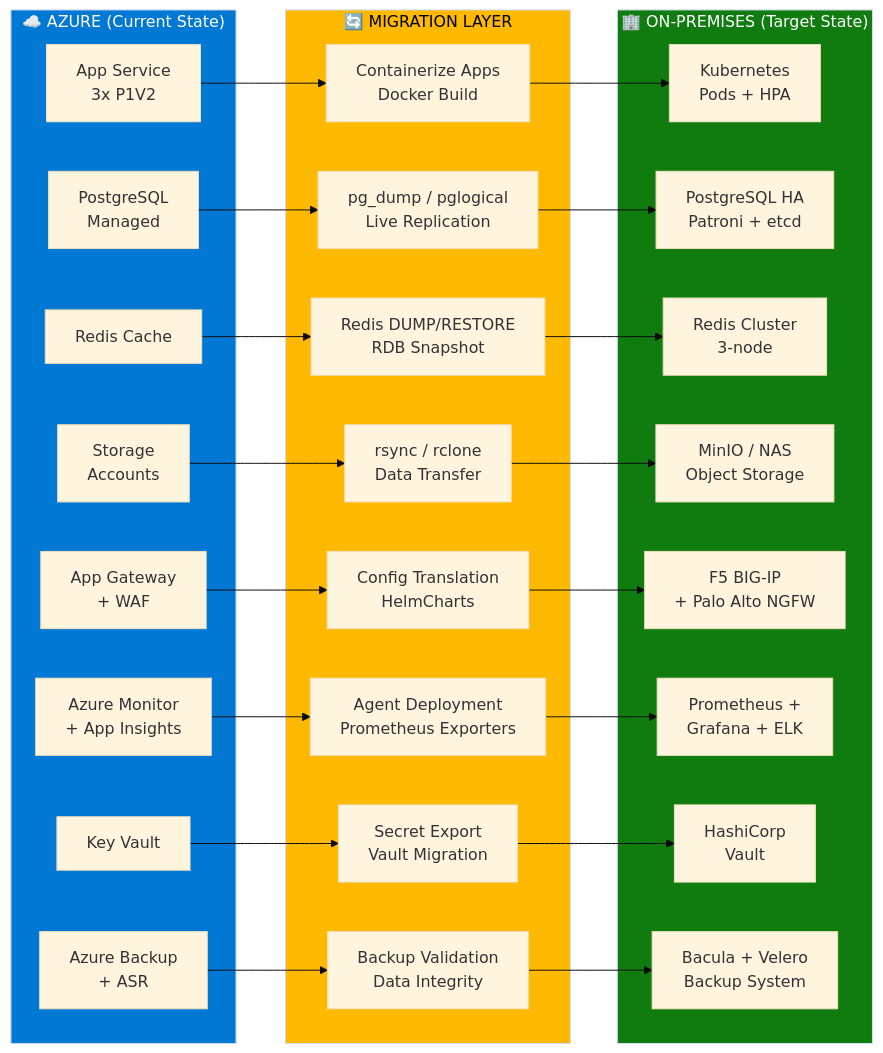
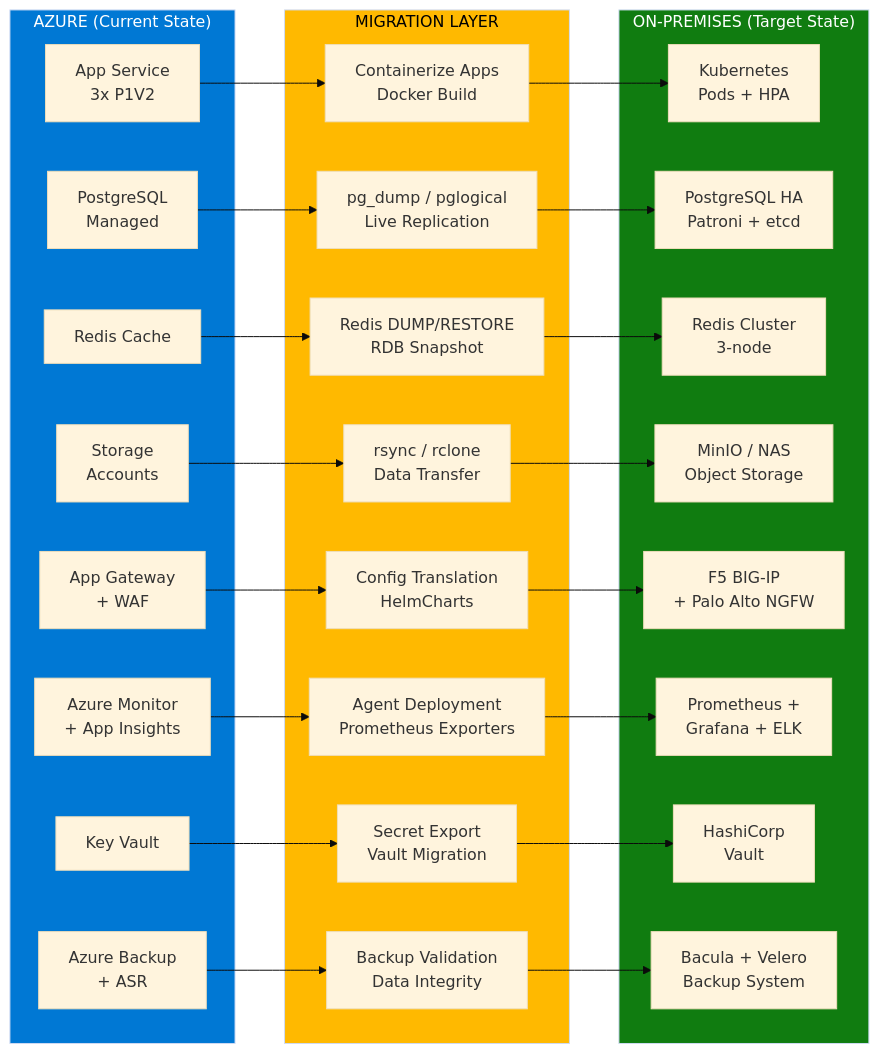
Before and after one commit to Shasi19/Azure-VxRail-VMware-Migration: the second of 6 diagrams in docs/Volume-2-Migration-Strategy/01-Migration-Overview.md, drawn with Mermaid (base theme). The commit also changed other lines of this file and 7 other files, not shown here.

First line of the commit message:
Fix all remaining Mermaid render issues across all files

````diff
--- a/docs/Volume-2-Migration-Strategy/01-Migration-Overview.md
+++ b/docs/Volume-2-Migration-Strategy/01-Migration-Overview.md
@@ -73,48 +73,48 @@
 ```mermaid
 flowchart LR
-    subgraph AZURE["☁️ AZURE (Current State)"]
+    subgraph AZURE["AZURE (Current State)"]
         A1[App Service\n3x P1V2]
         A2[PostgreSQL\nManaged]
         A3[Redis Cache]
         A4[Storage\nAccounts]
         A5[App Gateway\n+ WAF]
         A6[Azure Monitor\n+ App Insights]
         A7[Key Vault]
         A8[Azure Backup\n+ ASR]
     end
 
-    subgraph MIGRATION["🔄 MIGRATION LAYER"]
+    subgraph MIGRATION["MIGRATION LAYER"]
         M1[Containerize Apps\nDocker Build]
         M2[pg_dump / pglogical\nLive Replication]
         M3[Redis DUMP/RESTORE\nRDB Snapshot]
         M4[rsync / rclone\nData Transfer]
         M5[Config Translation\nHelmCharts]
         M6[Agent Deployment\nPrometheus Exporters]
         M7[Secret Export\nVault Migration]
         M8[Backup Validation\nData Integrity]
     end
 
-    subgraph ONPREM["🏢 ON-PREMISES (Target State)"]
+    subgraph ONPREM["ON-PREMISES (Target State)"]
         O1[Kubernetes\nPods + HPA]
         O2[PostgreSQL HA\nPatroni + etcd]
         O3[Redis Cluster\n3-node]
         O4[MinIO / NAS\nObject Storage]
         O5[F5 BIG-IP\n+ Palo Alto NGFW]
         O6[Prometheus +\nGrafana + ELK]
         O7[HashiCorp\nVault]
         O8[Bacula + Velero\nBackup System]
     end
 
     A1 --> M1 --> O1
     A2 --> M2 --> O2
     A3 --> M3 --> O3
     A4 --> M4 --> O4
     A5 --> M5 --> O5
     A6 --> M6 --> O6
     A7 --> M7 --> O7
     A8 --> M8 --> O8
 
     style AZURE fill:#0078D4,color:#fff
     style MIGRATION fill:#FFB900,color:#000
     style ONPREM fill:#107C10,color:#fff
 ```
````
